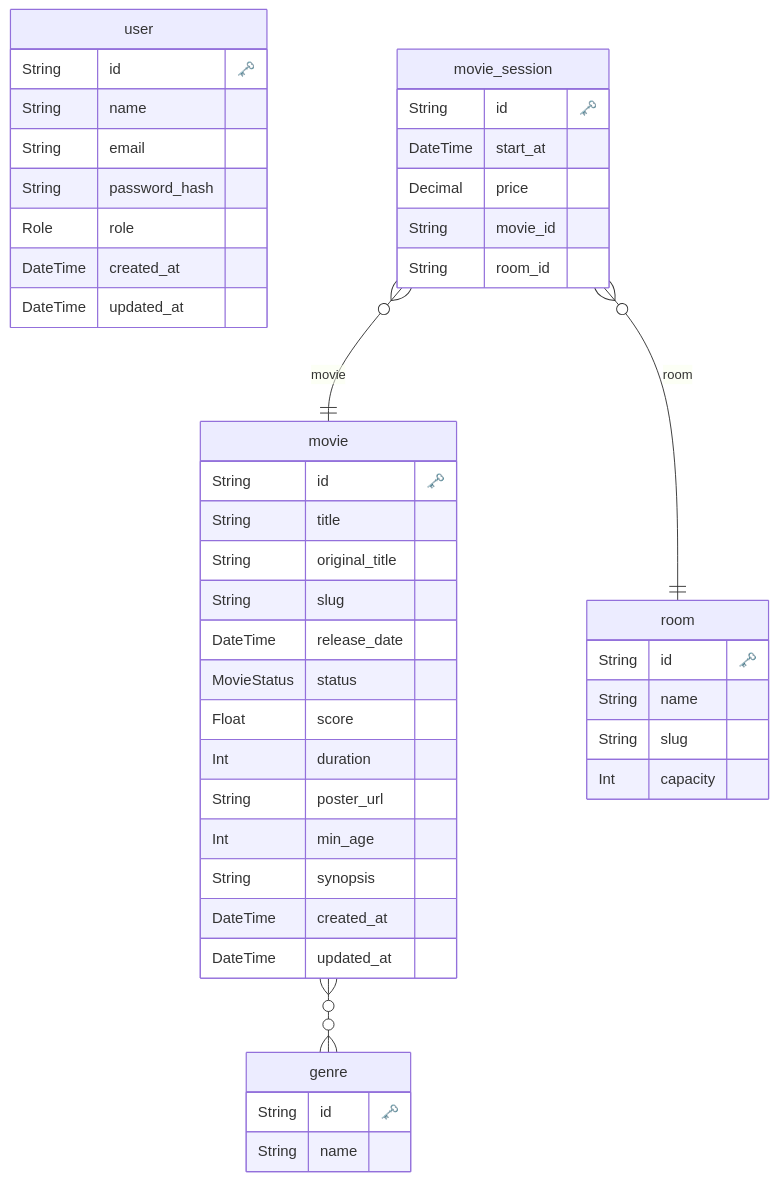
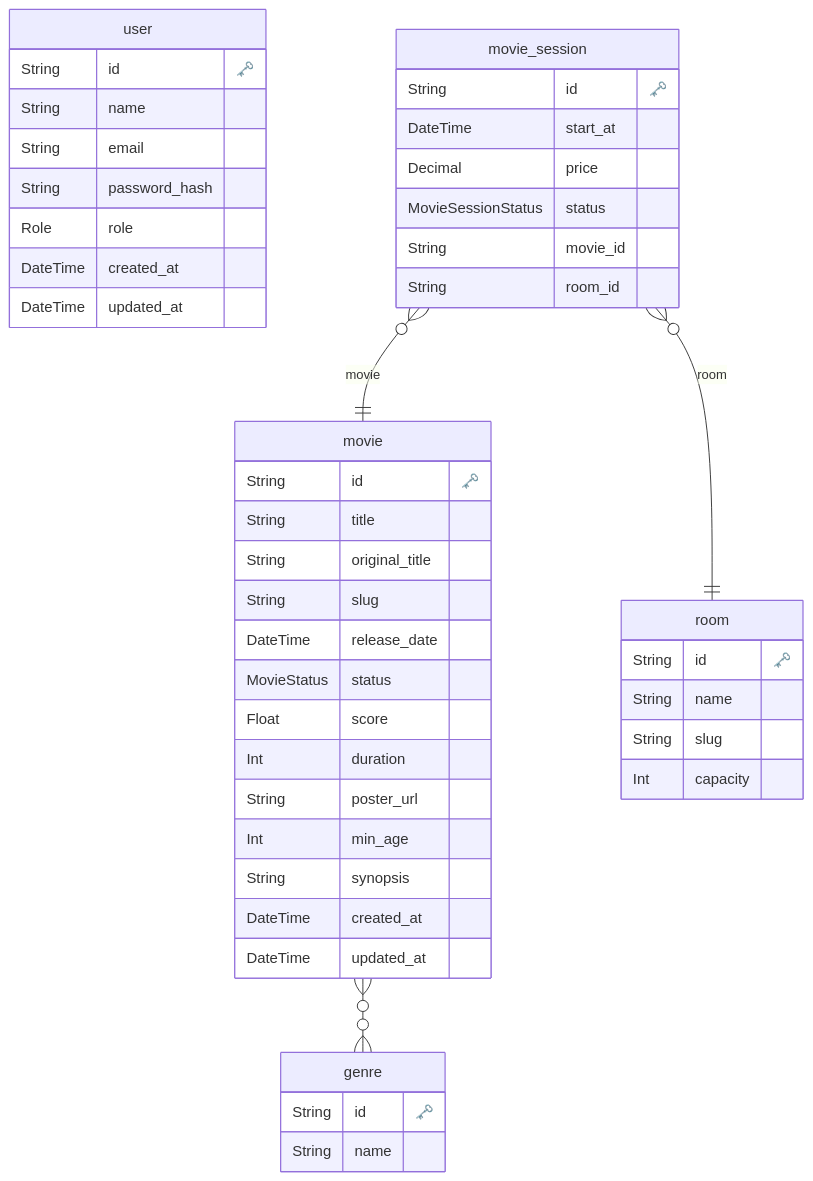
Before and after one commit to ThiagoACNascimento/movie-reservation-system: the diagram in prisma/ERD.md, drawn with Mermaid. The commit also changed 2 other files, not shown here.

Commit message:
feat: add MovieSessionStatus

````diff
--- a/prisma/ERD.md
+++ b/prisma/ERD.md
@@ -1,57 +1,58 @@
 ```mermaid
 erDiagram
 
   "user" {
     String id "🗝️"
     String name 
     String email 
     String password_hash 
     Role role 
     DateTime created_at 
     DateTime updated_at 
     }
   
 
   "movie" {
     String id "🗝️"
     String title 
     String original_title 
     String slug 
     DateTime release_date 
     MovieStatus status 
     Float score 
     Int duration 
     String poster_url 
     Int min_age 
     String synopsis 
     DateTime created_at 
     DateTime updated_at 
     }
   
 
   "genre" {
     String id "🗝️"
     String name 
     }
   
 
   "room" {
     String id "🗝️"
     String name 
     String slug 
     Int capacity 
     }
   
 
   "movie_session" {
     String id "🗝️"
     DateTime start_at 
     Decimal price 
+    MovieSessionStatus status 
     String movie_id 
     String room_id 
     }
   
     "movie" o{--}o "genre" : ""
     "movie_session" }o--|| movie : "movie"
     "movie_session" }o--|| room : "room"
 ```
````
